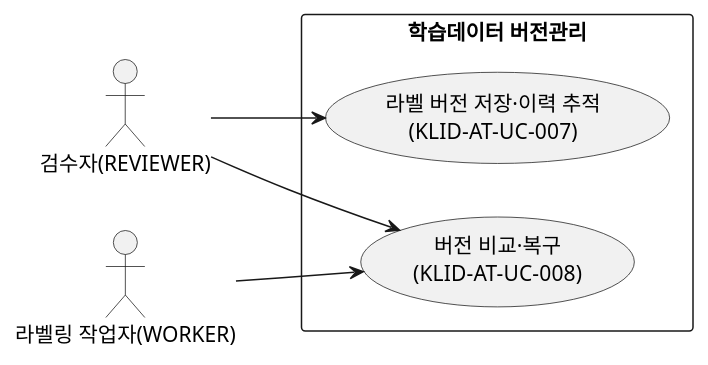
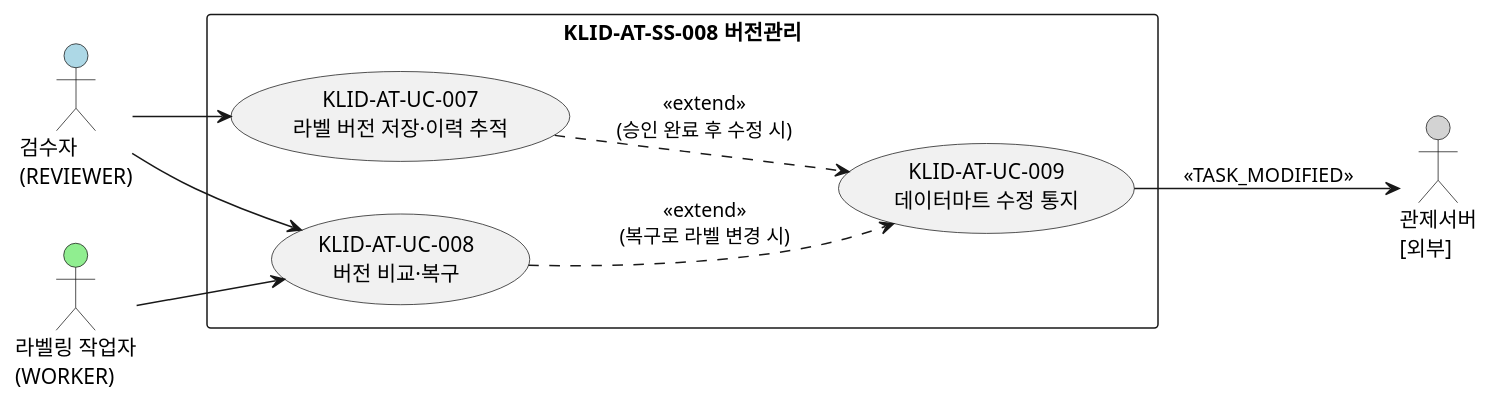
One commit to New-stella/klid-label changed the third of 4 diagrams in docs/design/R2-유스케이스명세서.md. Above: the diagram before and after it, drawn with PlantUML. The commit also changed other lines of this file and 9 other files, not shown here.

````diff
--- a/docs/design/R2-유스케이스명세서.md
+++ b/docs/design/R2-유스케이스명세서.md
@@ -90,14 +118,23 @@
 ```plantuml
-@startuml
+@startuml KLID-AT-UCD-003
 left to right direction
-actor "검수자(REVIEWER)" as REV
-actor "라벨링 작업자(WORKER)" as WK
-rectangle "학습데이터 버전관리" {
-  usecase "라벨 버전 저장·이력 추적\n(KLID-AT-UC-007)" as UC7
-  usecase "버전 비교·복구\n(KLID-AT-UC-008)" as UC8
+skinparam packageStyle rectangle
+
+actor "검수자\n(REVIEWER)" as REVIEWER #LightBlue
+actor "라벨링 작업자\n(WORKER)" as WORKER #LightGreen
+actor "관제서버\n[외부]" as CTRL #LightGray
+
+rectangle "KLID-AT-SS-008 버전관리" {
+  usecase "KLID-AT-UC-007\n라벨 버전 저장·이력 추적" as UC007
+  usecase "KLID-AT-UC-008\n버전 비교·복구" as UC008
+  usecase "KLID-AT-UC-009\n데이터마트 수정 통지" as UC009
 }
-REV --> UC7
-REV --> UC8
-WK --> UC8
+
+REVIEWER --> UC007
+REVIEWER --> UC008
+WORKER --> UC008
+UC007 ..> UC009 : <<extend>>\n(승인 완료 후 수정 시)
+UC008 ..> UC009 : <<extend>>\n(복구로 라벨 변경 시)
+UC009 --> CTRL : <<TASK_MODIFIED>>
 @enduml
 ```
````
